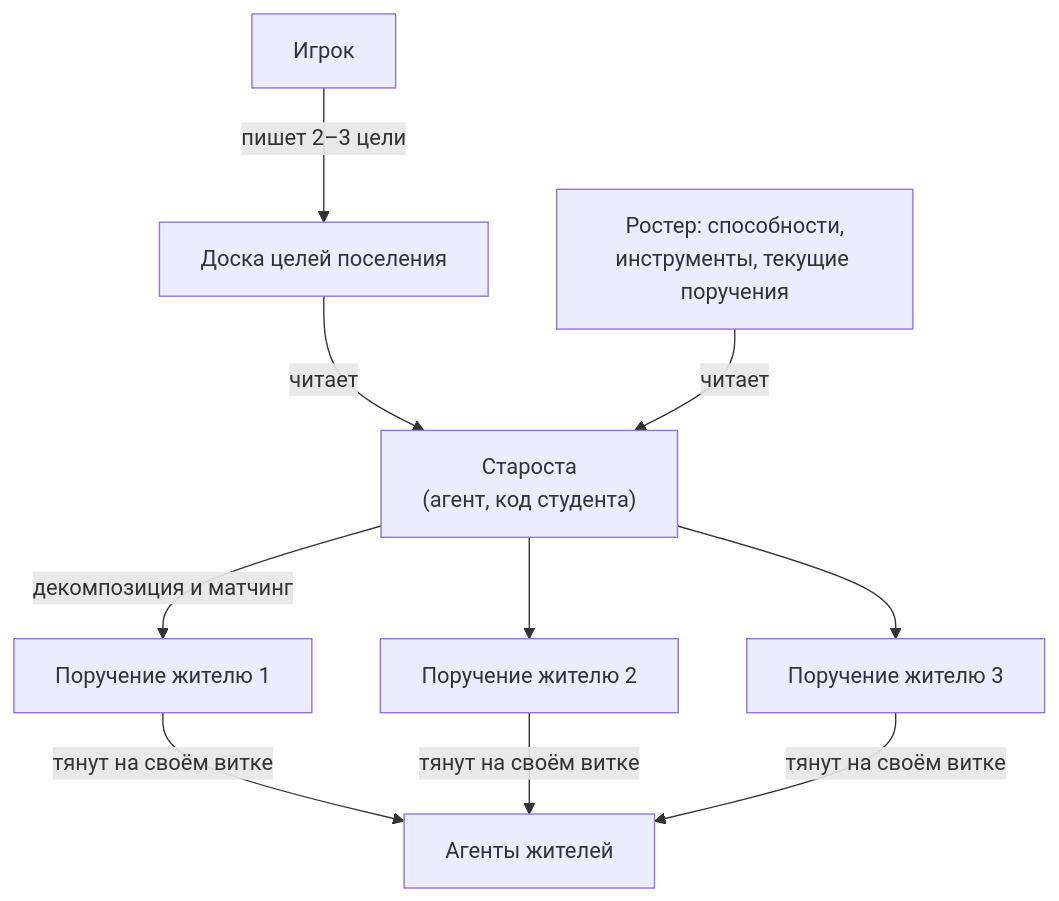
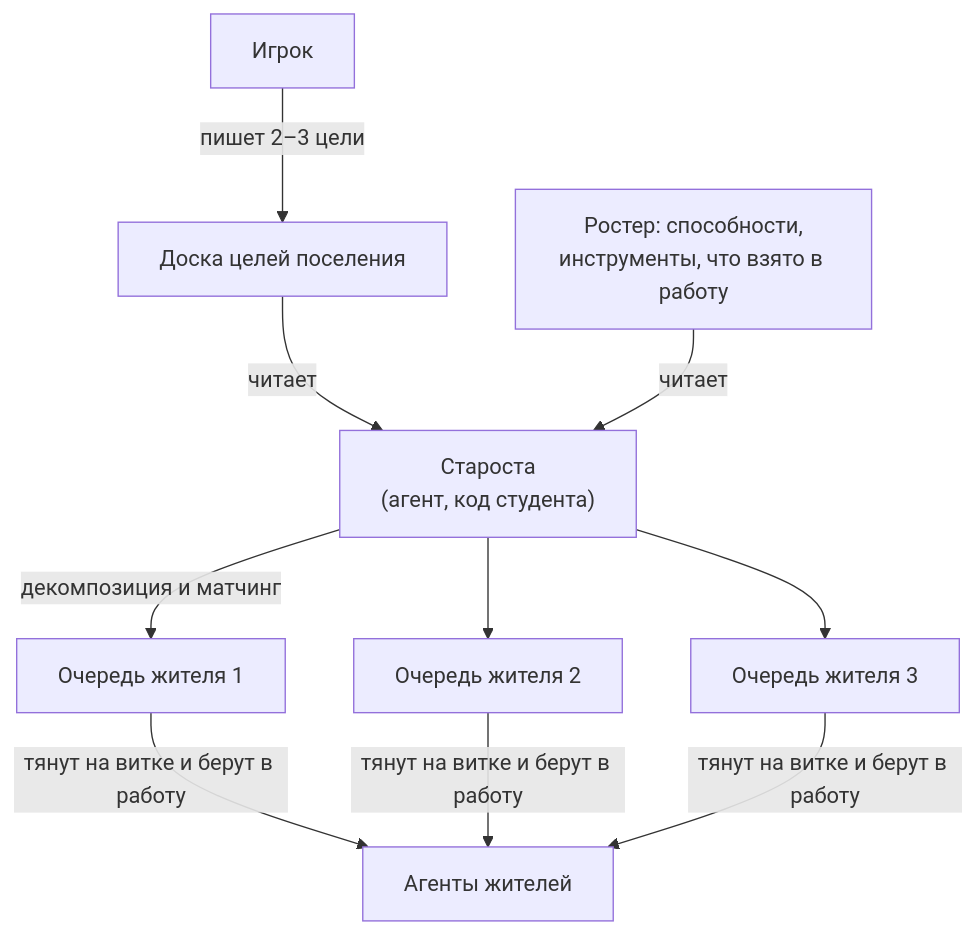
The diagram in docs/03-системы/жители-и-задачи.md (ITrubnikov/Train_of_Thought-Cognopolis-wiki), drawn with Mermaid before and after one commit. The commit also changed other lines of this file and 4 other files, not shown here.

````diff
--- a/docs/03-системы/жители-и-задачи.md
+++ b/docs/03-системы/жители-и-задачи.md
@@ -110,10 +181,10 @@
 ```mermaid
 flowchart TB
     P[Игрок] -->|"пишет 2–3 цели"| G[Доска целей поселения]
     G -->|читает| E["Староста<br/>(агент, код студента)"]
-    R[Ростер: способности,<br/>инструменты, текущие поручения] -->|читает| E
-    E -->|"декомпозиция и матчинг"| A1[Поручение жителю 1]
-    E --> A2[Поручение жителю 2]
-    E --> A3[Поручение жителю 3]
-    A1 & A2 & A3 -->|тянут на своём витке| W[Агенты жителей]
+    R[Ростер: способности,<br/>инструменты, что взято в работу] -->|читает| E
+    E -->|"декомпозиция и матчинг"| A1[Очередь жителя 1]
+    E --> A2[Очередь жителя 2]
+    E --> A3[Очередь жителя 3]
+    A1 & A2 & A3 -->|"тянут на витке и берут в работу"| W[Агенты жителей]
 ```
````
